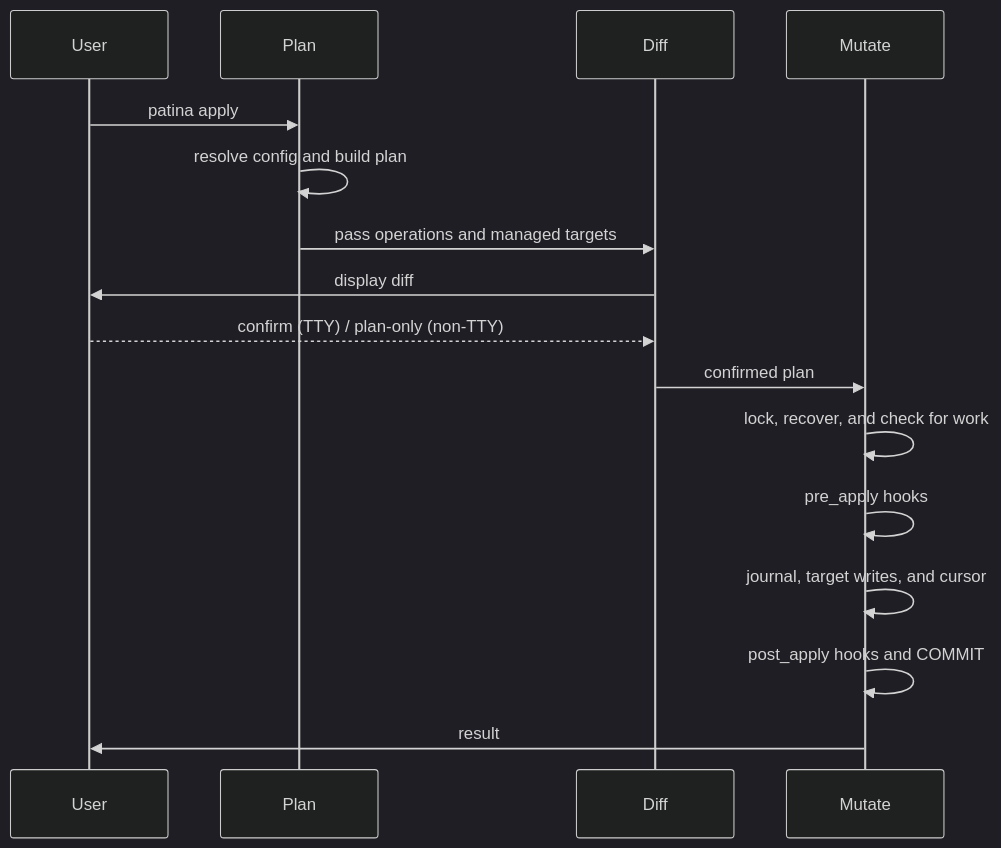
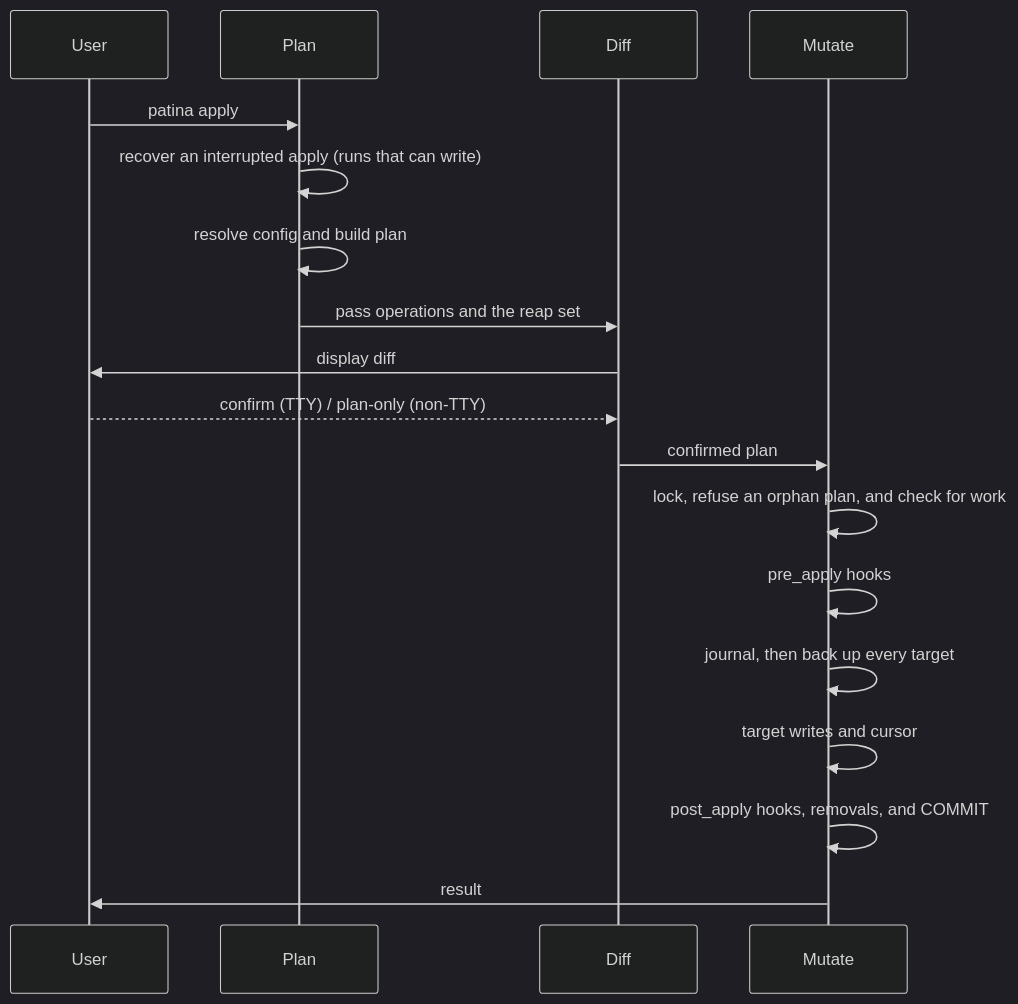
One commit to kvnxiao/patina changed the third of 3 diagrams in docs/ARCHITECTURE.md. Above: the diagram before and after it, drawn with Mermaid (dark theme). The commit also changed other lines of this file and 38 other files, not shown here.

````diff
--- a/docs/ARCHITECTURE.md
+++ b/docs/ARCHITECTURE.md
@@ -158,18 +162,20 @@
 ```mermaid
 sequenceDiagram
     participant U as User
     participant P as Plan
     participant D as Diff
     participant M as Mutate
     U->>P: patina apply
+    P->>P: recover an interrupted apply (runs that can write)
     P->>P: resolve config and build plan
-    P->>D: pass operations and managed targets
+    P->>D: pass operations and the reap set
     D->>U: display diff
     U-->>D: confirm (TTY) / plan-only (non-TTY)
     D->>M: confirmed plan
-    M->>M: lock, recover, and check for work
+    M->>M: lock, refuse an orphan plan, and check for work
     M->>M: pre_apply hooks
-    M->>M: journal, target writes, and cursor
-    M->>M: post_apply hooks and COMMIT
+    M->>M: journal, then back up every target
+    M->>M: target writes and cursor
+    M->>M: post_apply hooks, removals, and COMMIT
     M->>U: result
 ```
````
